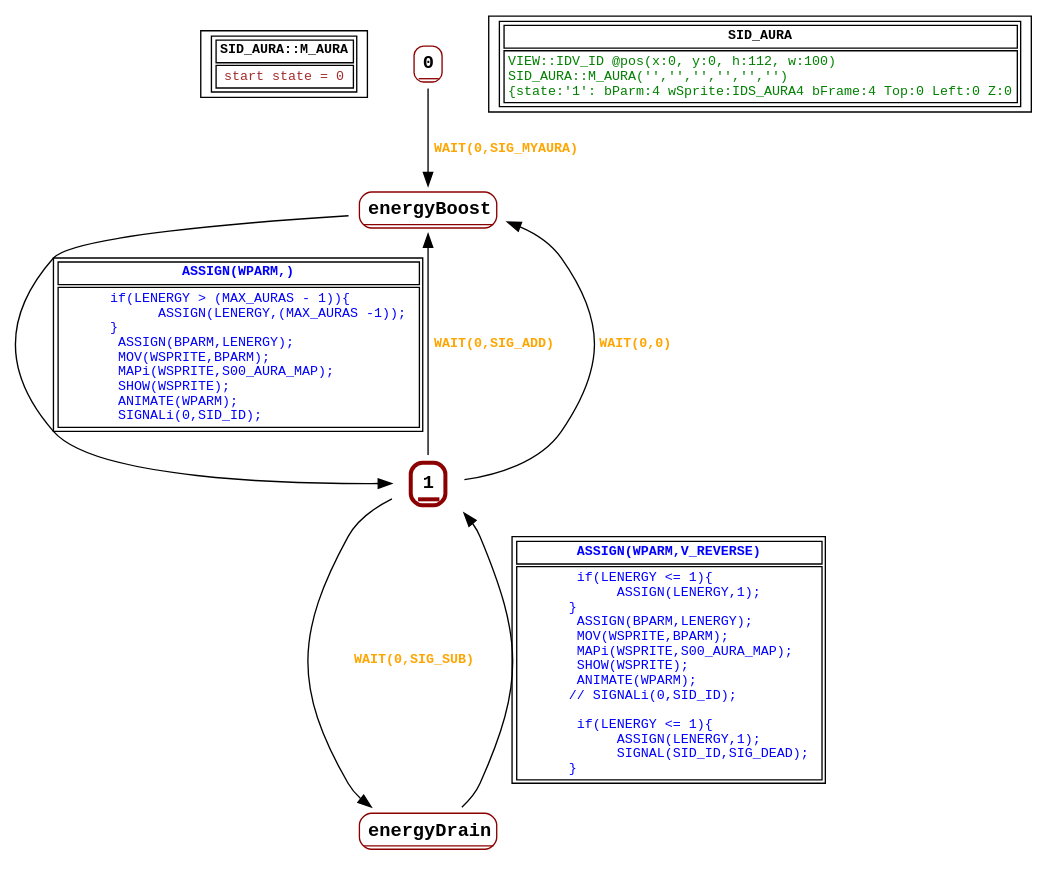
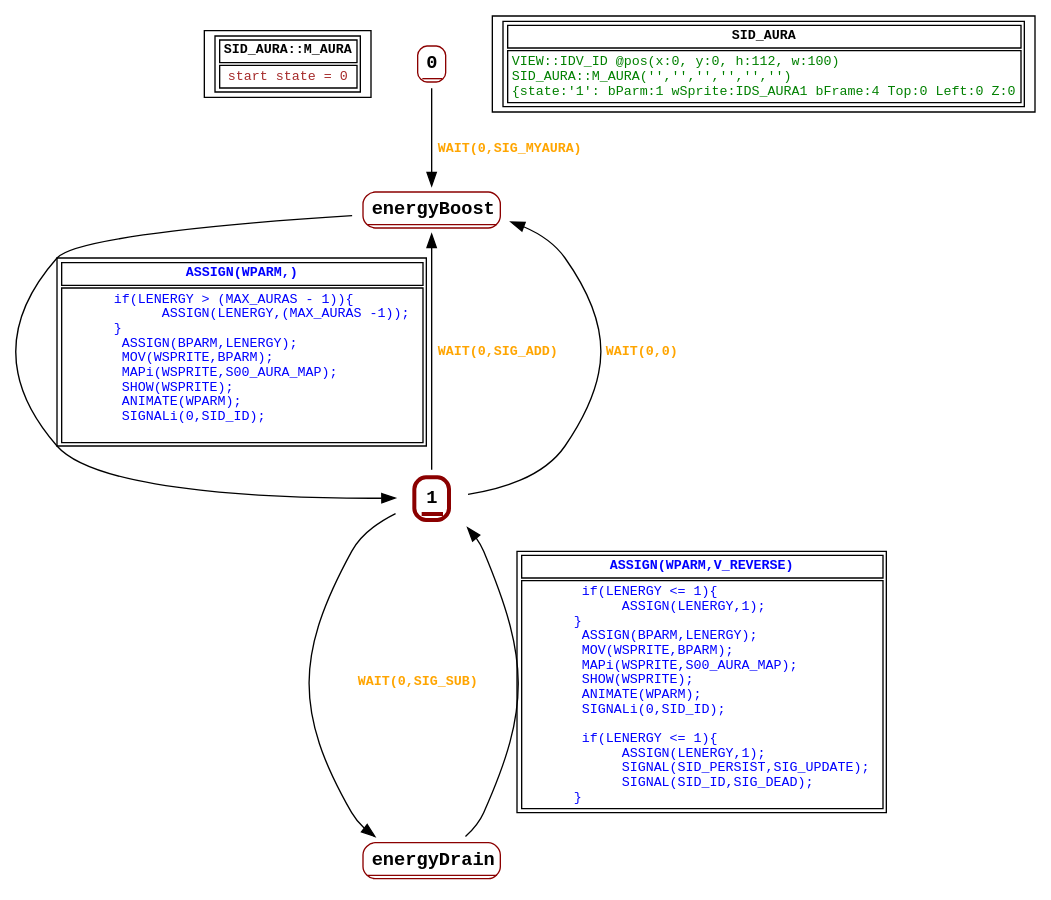
Before and after one commit to guy-stewart/AzariaCD: the diagram in graphs/SID_AURA.dot, drawn with Graphviz. The commit also changed 21 other files, not shown here.

```diff
--- a/graphs/SID_AURA.dot
+++ b/graphs/SID_AURA.dot
@@ -1,36 +1,36 @@
 digraph Automaton {
  fontname="Courier New"
 	node [shape=oval, fontname="Courier New"];
 	filename[shape = record, fontsize=10, label=< <table border="1"><tr><td><b>SID_AURA::M_AURA<br align="left"/></b></td></tr>
 <tr><td><font point-size="10" color ="brown">start state = 0<br align="left"/></font></td></tr></table>>
 ];
 	0[shape = none, fontsize=14, label=< <table border="1" color="darkred" style="rounded"><tr><td sides="b"><b>0<br align="left"/></b></td></tr>
 </table>>];
 "0" -> "energyBoost" [fontcolor=orange,fontsize=10,fontname="Courier New", label=< <table border="0"><tr><td><b>WAIT(0,SIG_MYAURA)<br align="left"/></b></td></tr>
 </table>>
 ];
 	1[shape = none, fontsize=14, label=< <table border="3" color="darkred" style="rounded"><tr><td sides="b"><b>1<br align="left"/></b></td></tr>
 </table>>];
 "1" -> "energyBoost" [fontcolor=orange,fontsize=10,fontname="Courier New", label=< <table border="0"><tr><td><b>WAIT(0,SIG_ADD)<br align="left"/></b></td></tr>
 </table>>
 ];
 "1" -> "energyDrain" [fontcolor=orange,fontsize=10,fontname="Courier New", label=< <table border="0"><tr><td><b>WAIT(0,SIG_SUB)<br align="left"/></b></td></tr>
 </table>>
 ];
 "1" -> "energyBoost" [fontcolor=orange,fontsize=10,fontname="Courier New", label=< <table border="0"><tr><td><b>WAIT(0,0)<br align="left"/></b></td></tr>
 </table>>
 ];
 	energyBoost[shape = none, fontsize=14, label=< <table border="1" color="darkred" style="rounded"><tr><td sides="b"><b>energyBoost<br align="left"/></b></td></tr>
 </table>>];
 "energyBoost" -> "1" [fontcolor=blue,fontsize=10,fontname="Courier New", label=< <table border="1"><tr><td><b>ASSIGN(WPARM,)<br align="left"/></b></td></tr>
-<tr><td><font point-size="10" color ="blue">       if(LENERGY &gt; (MAX_AURAS - 1))&#123;<br align="left"/>             ASSIGN(LENERGY,(MAX_AURAS -1));<br align="left"/>       &#125;<br align="left"/>        ASSIGN(BPARM,LENERGY);<br align="left"/>        MOV(WSPRITE,BPARM);<br align="left"/>        MAPi(WSPRITE,S00_AURA_MAP);<br align="left"/>        SHOW(WSPRITE);<br align="left"/>        ANIMATE(WPARM);<br align="left"/>        SIGNALi(0,SID_ID);<br align="left"/></font></td></tr></table>>
+<tr><td><font point-size="10" color ="blue">       if(LENERGY &gt; (MAX_AURAS - 1))&#123;<br align="left"/>             ASSIGN(LENERGY,(MAX_AURAS -1));<br align="left"/>       &#125;<br align="left"/>        ASSIGN(BPARM,LENERGY);<br align="left"/>        MOV(WSPRITE,BPARM);<br align="left"/>        MAPi(WSPRITE,S00_AURA_MAP);<br align="left"/>        SHOW(WSPRITE);<br align="left"/>        ANIMATE(WPARM);<br align="left"/>        SIGNALi(0,SID_ID);<br align="left"/>       <br align="left"/></font></td></tr></table>>
 ];
 	energyDrain[shape = none, fontsize=14, label=< <table border="1" color="darkred" style="rounded"><tr><td sides="b"><b>energyDrain<br align="left"/></b></td></tr>
 </table>>];
 "energyDrain" -> "1" [fontcolor=blue,fontsize=10,fontname="Courier New", label=< <table border="1"><tr><td><b>ASSIGN(WPARM,V_REVERSE)<br align="left"/></b></td></tr>
-<tr><td><font point-size="10" color ="blue">        if(LENERGY &lt;= 1)&#123;<br align="left"/>             ASSIGN(LENERGY,1);<br align="left"/>       &#125;      <br align="left"/>        ASSIGN(BPARM,LENERGY);<br align="left"/>        MOV(WSPRITE,BPARM);<br align="left"/>        MAPi(WSPRITE,S00_AURA_MAP);<br align="left"/>        SHOW(WSPRITE);<br align="left"/>        ANIMATE(WPARM);<br align="left"/>       // SIGNALi(0,SID_ID);<br align="left"/>        <br align="left"/>        if(LENERGY &lt;= 1)&#123;<br align="left"/>             ASSIGN(LENERGY,1);<br align="left"/>             SIGNAL(SID_ID,SIG_DEAD);<br align="left"/>       &#125;   <br align="left"/></font></td></tr></table>>
+<tr><td><font point-size="10" color ="blue">        if(LENERGY &lt;= 1)&#123;<br align="left"/>             ASSIGN(LENERGY,1);<br align="left"/>       &#125;      <br align="left"/>        ASSIGN(BPARM,LENERGY);<br align="left"/>        MOV(WSPRITE,BPARM);<br align="left"/>        MAPi(WSPRITE,S00_AURA_MAP);<br align="left"/>        SHOW(WSPRITE);<br align="left"/>        ANIMATE(WPARM);<br align="left"/>        SIGNALi(0,SID_ID);<br align="left"/>        <br align="left"/>        if(LENERGY &lt;= 1)&#123;<br align="left"/>             ASSIGN(LENERGY,1);<br align="left"/>             SIGNAL(SID_PERSIST,SIG_UPDATE);<br align="left"/>             SIGNAL(SID_ID,SIG_DEAD);<br align="left"/>       &#125;   <br align="left"/></font></td></tr></table>>
 ];
 	status[shape = record, fontsize=10, label=< <table border="1"><tr><td><b>SID_AURA<br align="left"/></b></td></tr>
-<tr><td><font point-size="10" color ="green">VIEW::IDV_ID @pos(x:0, y:0, h:112, w:100)<br align="left"/>SID_AURA::M_AURA(&apos;&apos;,&apos;&apos;,&apos;&apos;,&apos;&apos;,&apos;&apos;,&apos;&apos;)<br align="left"/>			&#123;state:&apos;1&apos;: bParm:4 wSprite:IDS_AURA4 bFrame:4 Top:0 Left:0 Z:0<br align="left"/></font></td></tr></table>>
+<tr><td><font point-size="10" color ="green">VIEW::IDV_ID @pos(x:0, y:0, h:112, w:100)<br align="left"/>SID_AURA::M_AURA(&apos;&apos;,&apos;&apos;,&apos;&apos;,&apos;&apos;,&apos;&apos;,&apos;&apos;)<br align="left"/>			&#123;state:&apos;1&apos;: bParm:1 wSprite:IDS_AURA1 bFrame:4 Top:0 Left:0 Z:0<br align="left"/></font></td></tr></table>>
 ];
 }
```
